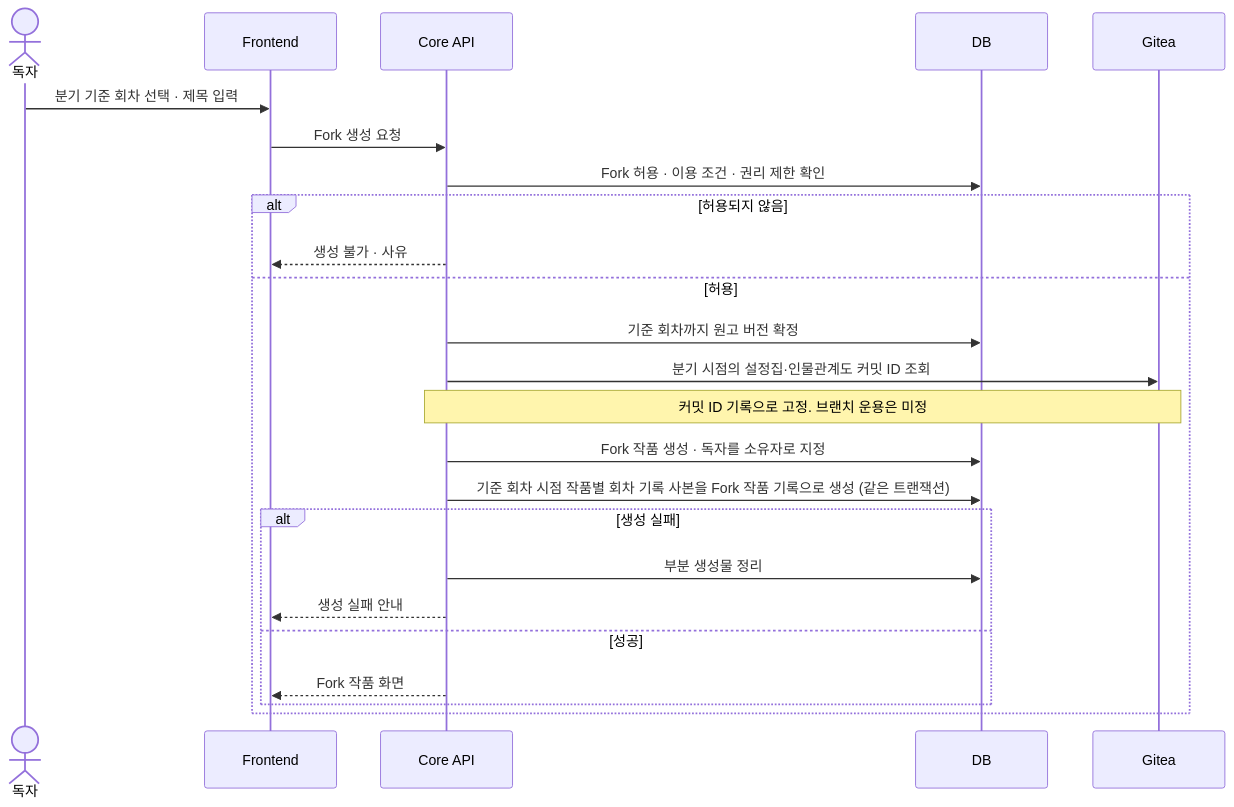
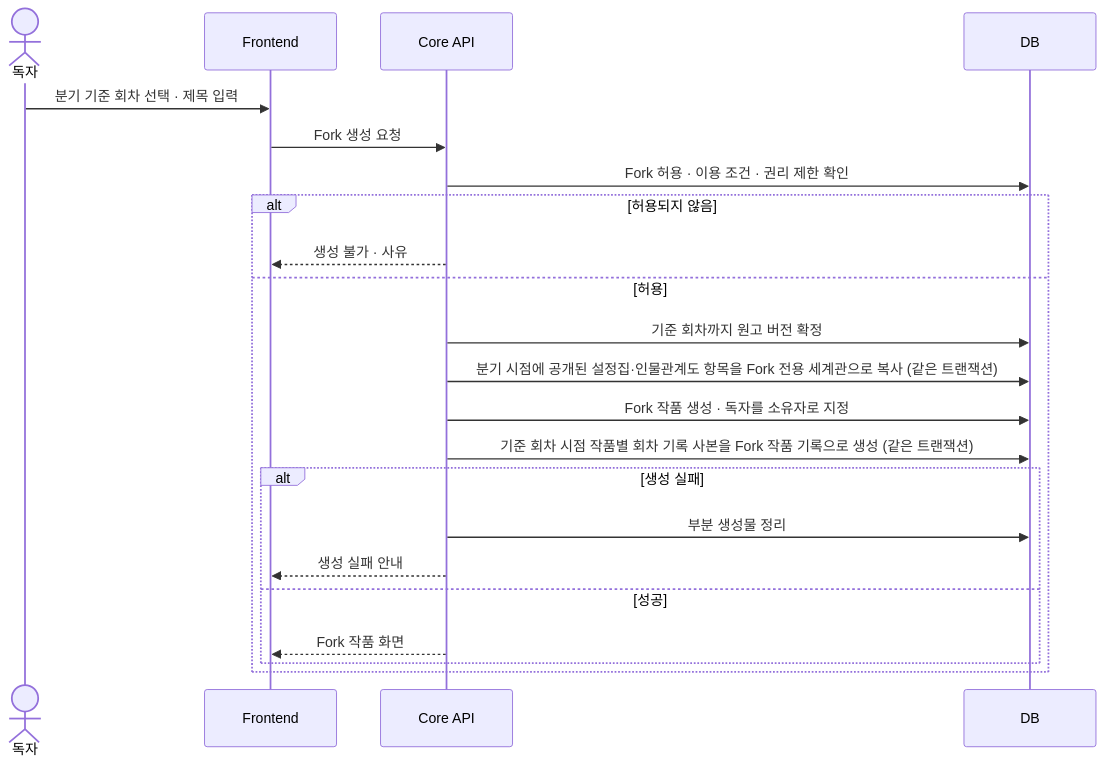
The third of 4 diagrams in docs/diagrams/sequence.md (SKNETWORKS-FAMILY-AICAMP/SKN34-FINAL-4TEAM), drawn with Mermaid before and after one commit. The commit also changed other lines of this file and 52 other files, not shown here.

````diff
--- a/docs/diagrams/sequence.md
+++ b/docs/diagrams/sequence.md
@@ -86,26 +86,24 @@
 ```mermaid
 sequenceDiagram
   actor R as 독자
   participant FE as Frontend
   participant CO as Core API
   participant DB as DB
-  participant GT as Gitea
   R->>FE: 분기 기준 회차 선택 · 제목 입력
   FE->>CO: Fork 생성 요청
   CO->>DB: Fork 허용 · 이용 조건 · 권리 제한 확인
   alt 허용되지 않음
     CO-->>FE: 생성 불가 · 사유
   else 허용
     CO->>DB: 기준 회차까지 원고 버전 확정
-    CO->>GT: 분기 시점의 설정집·인물관계도 커밋 ID 조회
-    Note over CO,GT: 커밋 ID 기록으로 고정. 브랜치 운용은 미정
+    CO->>DB: 분기 시점에 공개된 설정집·인물관계도 항목을 Fork 전용 세계관으로 복사 (같은 트랜잭션)
     CO->>DB: Fork 작품 생성 · 독자를 소유자로 지정
     CO->>DB: 기준 회차 시점 작품별 회차 기록 사본을 Fork 작품 기록으로 생성 (같은 트랜잭션)
     alt 생성 실패
       CO->>DB: 부분 생성물 정리
       CO-->>FE: 생성 실패 안내
     else 성공
       CO-->>FE: Fork 작품 화면
     end
   end
 ```
````
